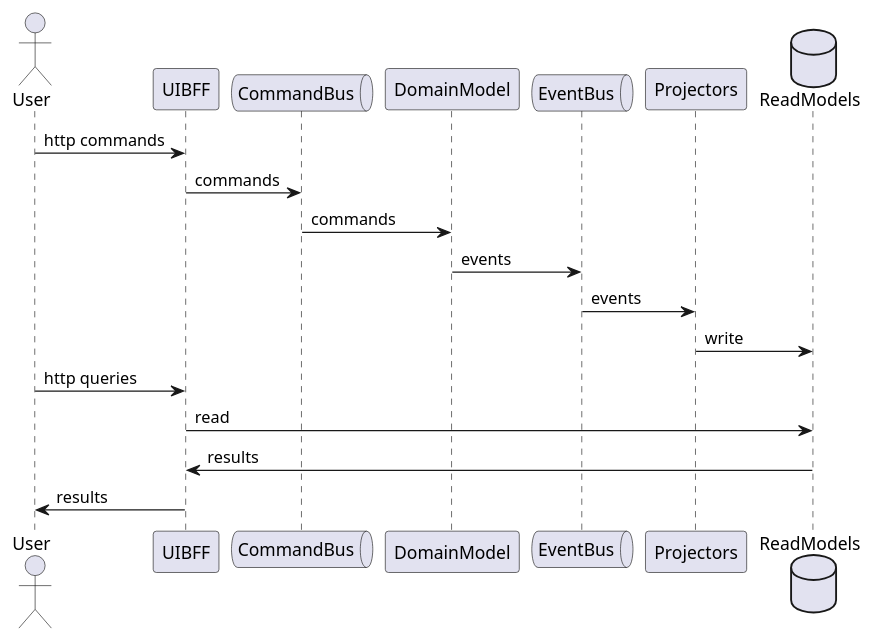
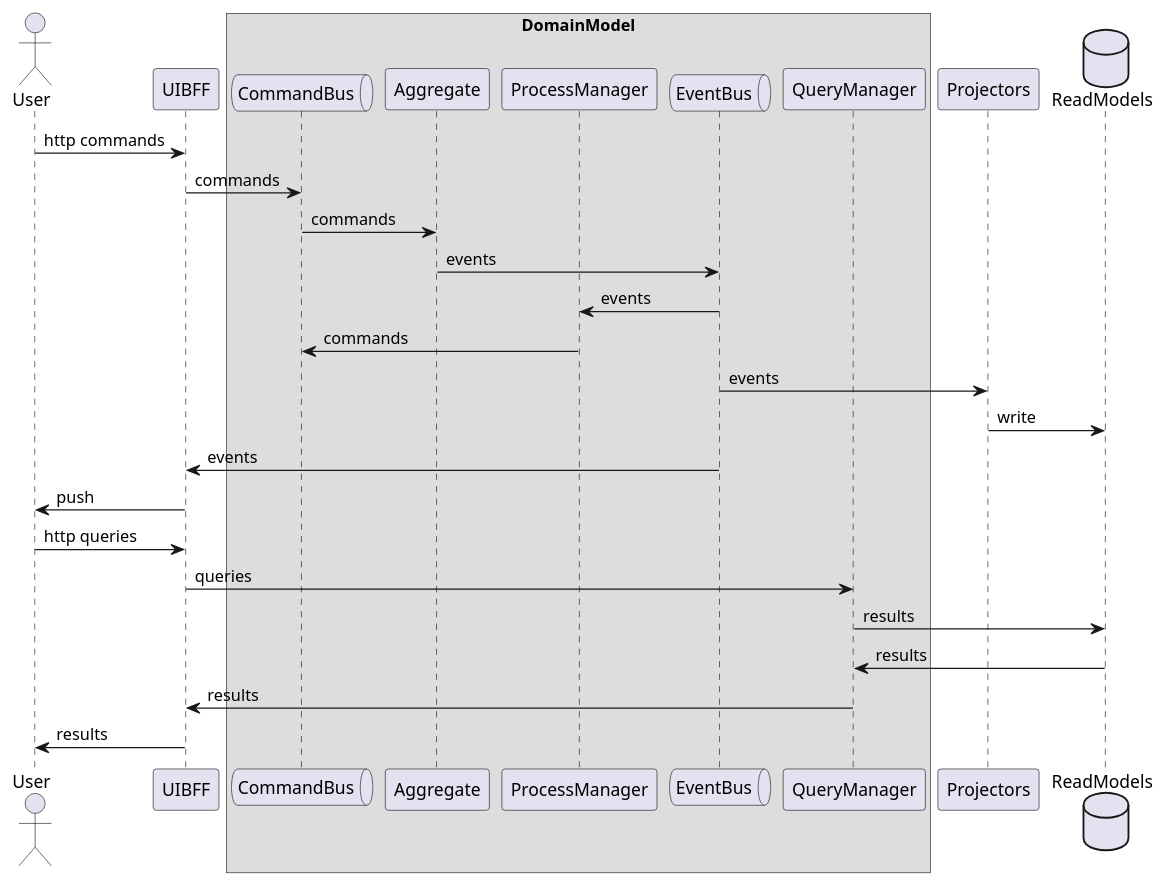
The diagram in diagrams/cqrs.puml (rolandtritsch/elixir-event-sourcing), drawn with PlantUML before and after one commit. The commit also changed 1 other file, not shown here.

Commit message:
Adding Aggregates and ProcessManagers to CQRS diagram.

```diff
--- a/diagrams/cqrs.puml
+++ b/diagrams/cqrs.puml
@@ -1,22 +1,33 @@
 @startuml
 
 actor User
 participant UIBFF
-queue CommandBus
-participant DomainModel
-queue EventBus
+box DomainModel
+  queue CommandBus
+  participant Aggregate
+  participant ProcessManager
+  queue EventBus
+  participant QueryManager
+end box
 participant Projectors
 database ReadModels
 
 User -> UIBFF : http commands
 UIBFF -> CommandBus : commands
-CommandBus -> DomainModel : commands
-DomainModel -> EventBus : events
+CommandBus -> Aggregate : commands
+Aggregate -> EventBus : events
+EventBus -> ProcessManager : events
+ProcessManager -> CommandBus : commands
 EventBus -> Projectors : events
 Projectors -> ReadModels : write
+EventBus -> UIBFF : events
+UIBFF -> User : push
+
 User -> UIBFF : http queries
-UIBFF -> ReadModels : read
-ReadModels ->  UIBFF : results
+UIBFF -> QueryManager : queries
+QueryManager -> ReadModels : results
+ReadModels ->  QueryManager : results
+QueryManager -> UIBFF : results
 UIBFF -> User : results
 
 @enduml
```
